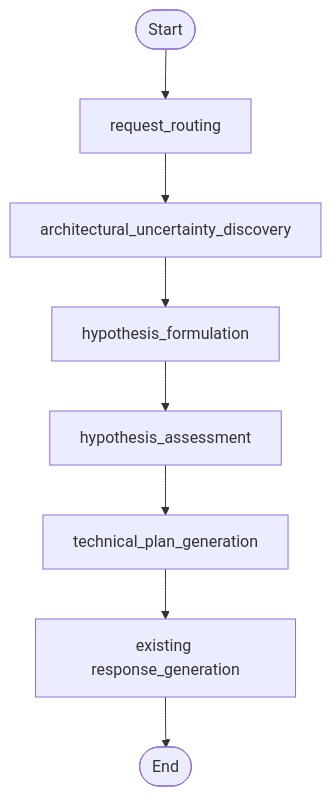
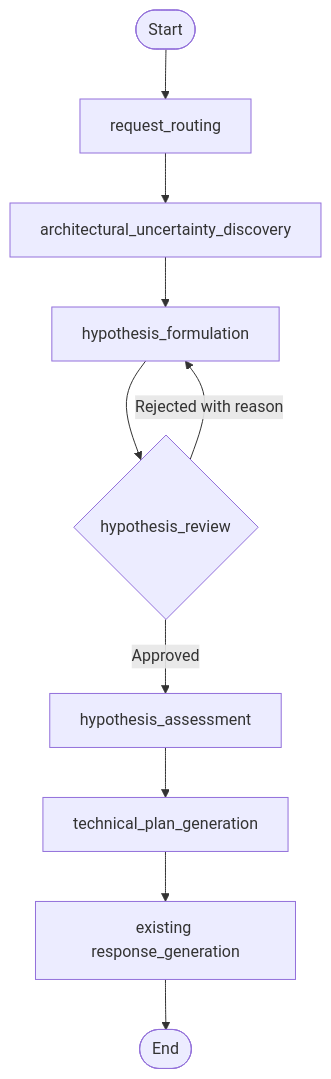
One commit to archhypo-ai/archflow-solo changed the diagram in docs/archhypo-flow.md. Above: the diagram before and after it, drawn with Mermaid. The commit also changed other lines of this file and 35 other files, not shown here.

Commit message:
Add hypothesis human review gate

````diff
--- a/docs/archhypo-flow.md
+++ b/docs/archhypo-flow.md
@@ -15,10 +16,12 @@
 ```mermaid
 flowchart TD
     START([Start]) --> ROUTING[request_routing]
     ROUTING --> DISCOVERY[architectural_uncertainty_discovery]
     DISCOVERY --> FORMULATION[hypothesis_formulation]
-    FORMULATION --> ASSESSMENT[hypothesis_assessment]
+    FORMULATION --> REVIEW{hypothesis_review}
+    REVIEW -->|Approved| ASSESSMENT[hypothesis_assessment]
+    REVIEW -->|Rejected with reason| FORMULATION
     ASSESSMENT --> PLAN[technical_plan_generation]
     PLAN --> RESPONSE[existing response_generation]
     RESPONSE --> END([End])
 ```
````
